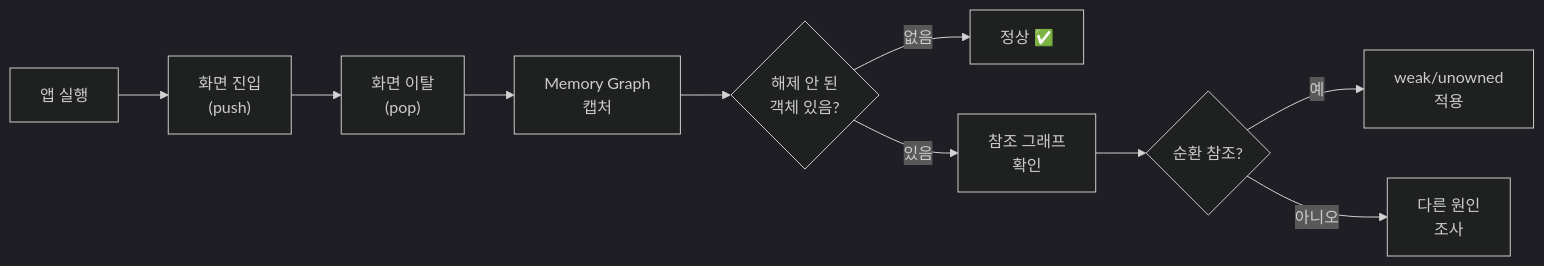
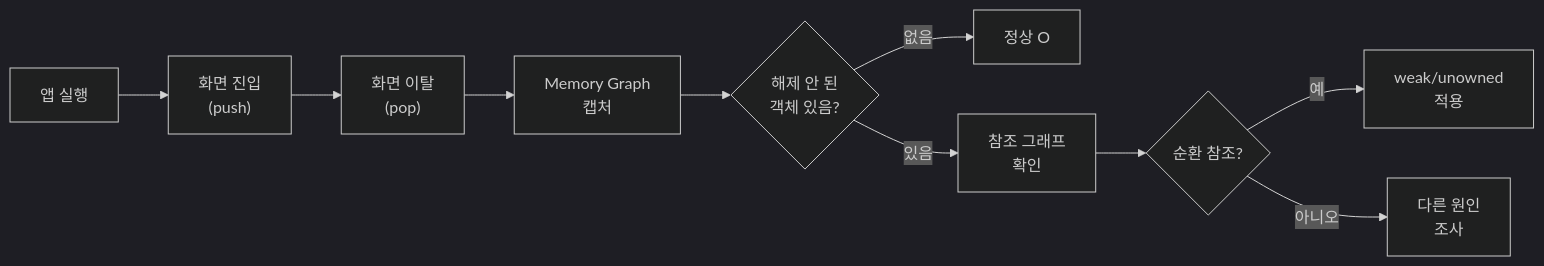
Before and after one commit to jsonpassion/forge-tutorial-swift: the fifth of 5 diagrams in 13-performance/03-memory-arc.md, drawn with Mermaid (dark theme). The commit also changed other lines of this file and 69 other files, not shown here.

````diff
--- a/13-performance/03-memory-arc.md
+++ b/13-performance/03-memory-arc.md
@@ -271,12 +271,12 @@
 ```mermaid
 flowchart LR
-    A["앱 실행"] --> B["화면 진입\n(push)"]
-    B --> C["화면 이탈\n(pop)"]
-    C --> D["Memory Graph\n캡처"]
-    D --> E{"해제 안 된\n객체 있음?"}
-    E -- "없음" --> F["정상 ✅"]
-    E -- "있음" --> G["참조 그래프\n확인"]
+    A["앱 실행"] --> B["화면 진입<br/>(push)"]
+    B --> C["화면 이탈<br/>(pop)"]
+    C --> D["Memory Graph<br/>캡처"]
+    D --> E{"해제 안 된<br/>객체 있음?"}
+    E -- "없음" --> F["정상 O"]
+    E -- "있음" --> G["참조 그래프<br/>확인"]
     G --> H{"순환 참조?"}
-    H -- "예" --> I["weak/unowned\n적용"]
-    H -- "아니오" --> J["다른 원인\n조사"]
+    H -- "예" --> I["weak/unowned<br/>적용"]
+    H -- "아니오" --> J["다른 원인<br/>조사"]
 ```
````
